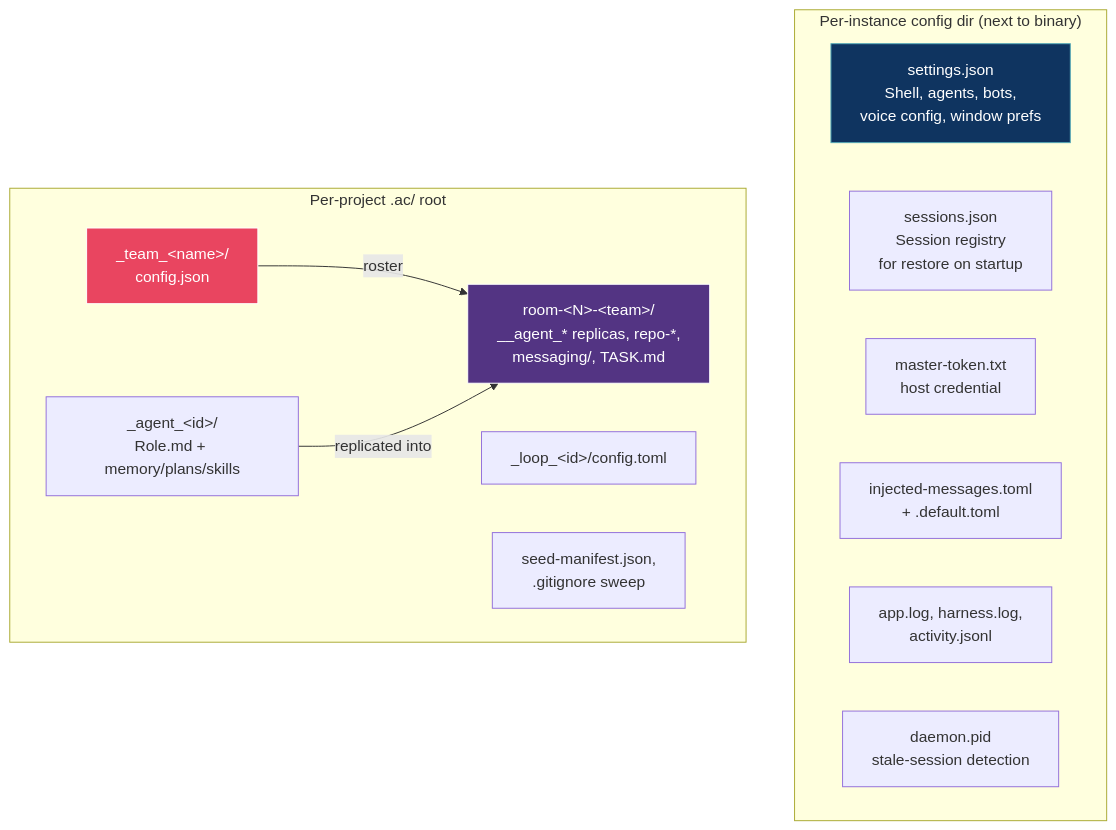
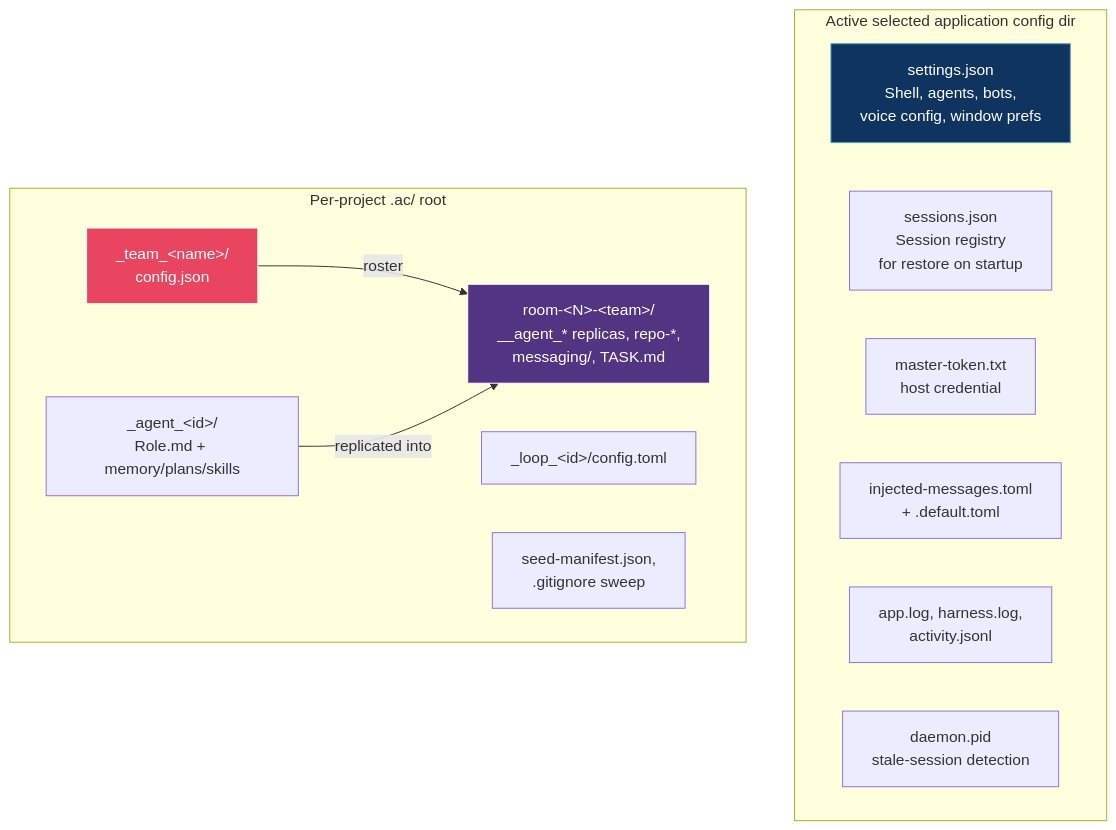
Diagram 13 of 14 in docs/reference/architecture.md (mblua/AgentsCommander), drawn with Mermaid before and after one commit. The commit also changed other lines of this file and 18 other files, not shown here.

````diff
--- a/docs/reference/architecture.md
+++ b/docs/reference/architecture.md
@@ -643,26 +643,26 @@
 ```mermaid
 graph TD
-    subgraph "Per-instance config dir (next to binary)"
+    subgraph "Active selected application config dir"
         SETTINGS["settings.json<br/>Shell, agents, bots,<br/>voice config, window prefs"]
         SESSIONS["sessions.json<br/>Session registry<br/>for restore on startup"]
         MASTER["master-token.txt<br/>host credential"]
         INJECTED["injected-messages.toml<br/>+ .default.toml"]
         LOG["app.log, harness.log,<br/>activity.jsonl"]
         DAEMON["daemon.pid<br/>stale-session detection"]
     end
 
     subgraph "Per-project .ac/ root"
         AGENTS["_agent_&lt;id&gt;/<br/>Role.md + memory/plans/skills"]
         TEAMS["_team_&lt;name&gt;/<br/>config.json"]
         WGS["room-&lt;N&gt;-&lt;team&gt;/<br/>__agent_* replicas, repo-*,<br/>messaging/, TASK.md"]
         LOOPS["_loop_&lt;id&gt;/config.toml"]
         SEED["seed-manifest.json,<br/>.gitignore sweep"]
     end
 
     TEAMS -->|"roster"| WGS
     AGENTS -->|"replicated into"| WGS
 
     style SETTINGS fill:#0f3460,stroke:#53a8b6,color:#fff
     style TEAMS fill:#e94560,stroke:#fff,color:#fff
     style WGS fill:#533483,stroke:#fff,color:#fff
 ```
````
